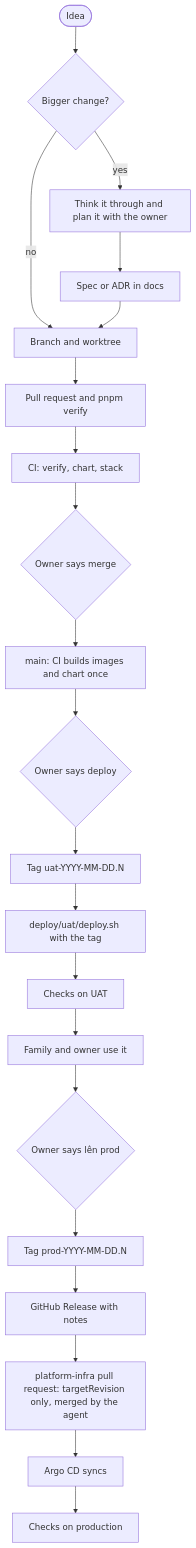
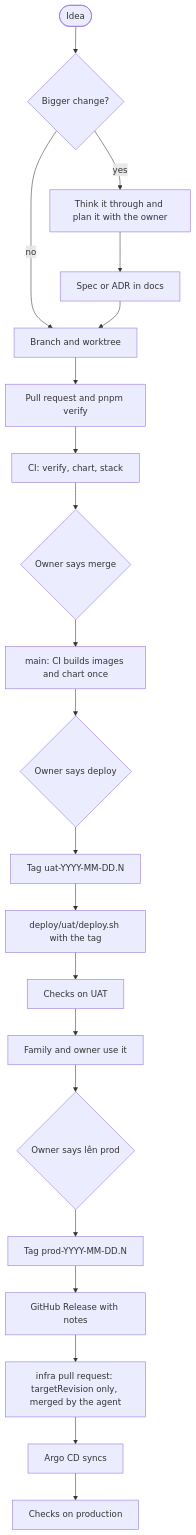
One commit to vinh466/tohe-play changed the diagram in docs/guides/environments.md. Above: the diagram before and after it, drawn with Mermaid. The commit also changed other lines of this file and 12 other files, not shown here.

````diff
--- a/docs/guides/environments.md
+++ b/docs/guides/environments.md
@@ -30,23 +30,23 @@
 ```mermaid
 flowchart TD
   idea([Idea]) --> big{Bigger change?}
   big -- yes --> plan[Think it through and plan it with the owner]
   plan --> spec[Spec or ADR in docs]
   big -- no --> branch
   spec --> branch[Branch and worktree]
   branch --> pr[Pull request and pnpm verify]
   pr --> ci[CI: verify, chart, stack]
   ci --> merge{Owner says merge}
   merge --> main[main: CI builds images and chart once]
   main --> deploy{Owner says deploy}
   deploy --> uat[Tag uat-YYYY-MM-DD.N]
   uat --> script[deploy/uat/deploy.sh with the tag]
   script --> uatcheck[Checks on UAT]
   uatcheck --> use[Family and owner use it]
   use --> prod{Owner says lên prod}
   prod --> ptag[Tag prod-YYYY-MM-DD.N]
   ptag --> release[GitHub Release with notes]
-  release --> infra[platform-infra pull request: targetRevision only, merged by the agent]
+  release --> infra[infra pull request: targetRevision only, merged by the agent]
   infra --> argo[Argo CD syncs]
   argo --> prodcheck[Checks on production]
 ```
````
